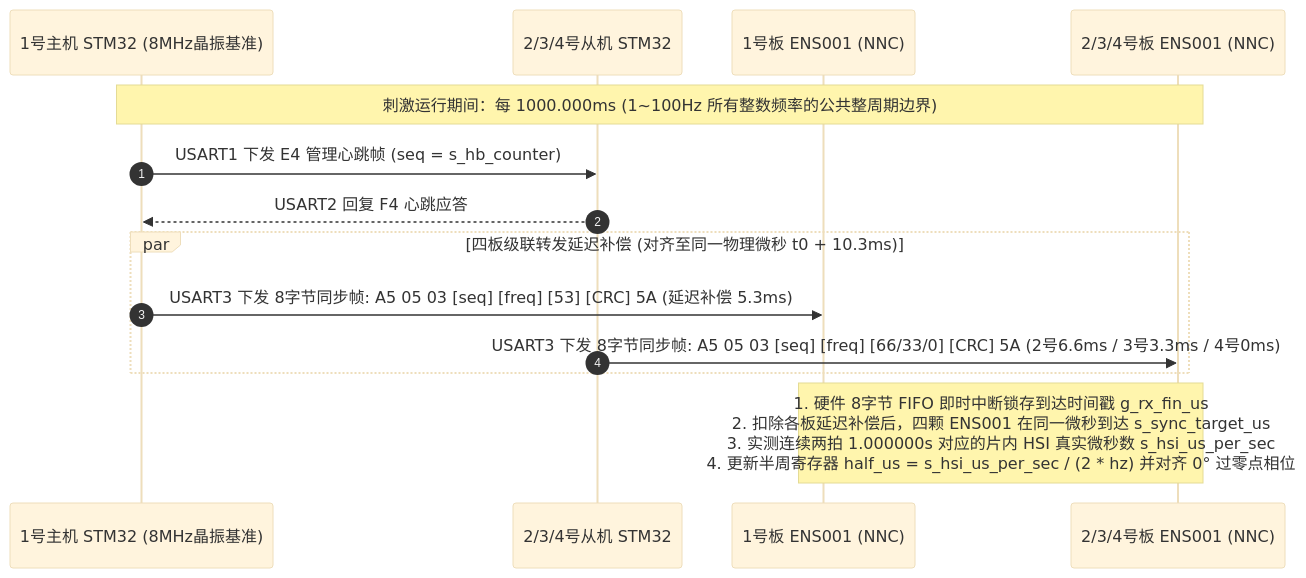
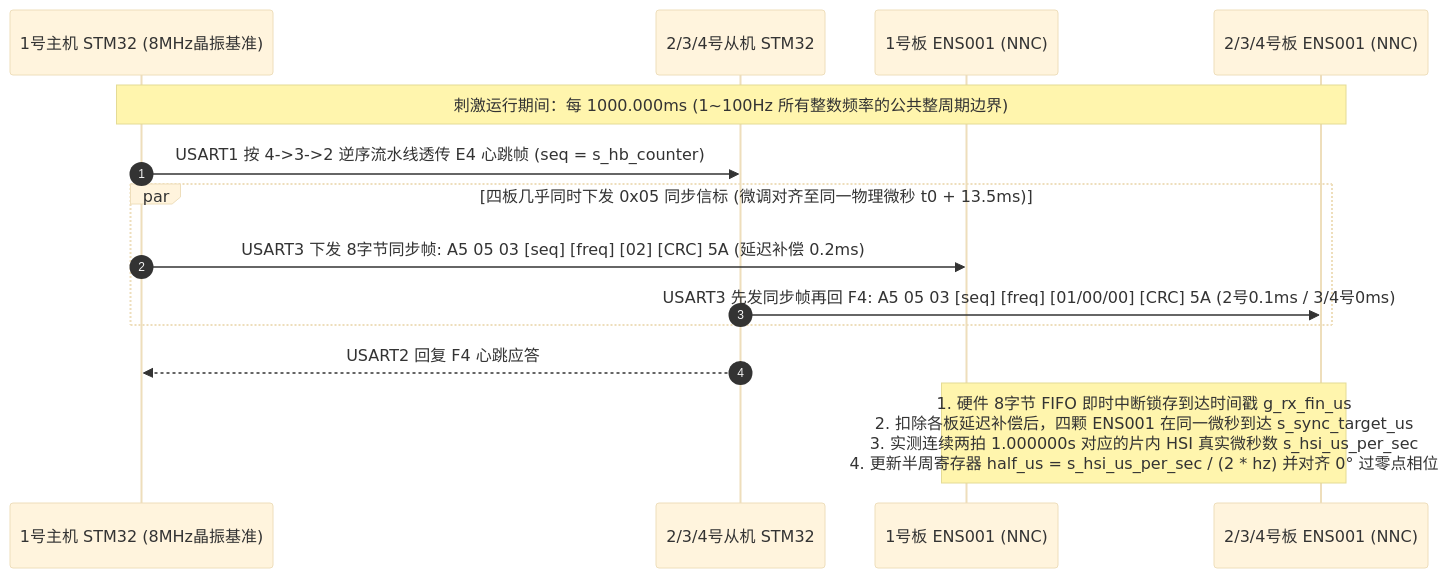
One commit to grhjgt/NNC-LinuxPC changed the second of 2 diagrams in 四板跨通道电流跳变根因分析与串口锁相修复说明.md. Above: the diagram before and after it, drawn with Mermaid (base theme). The commit also changed other lines of this file and 33 other files, not shown here.

````diff
--- a/四板跨通道电流跳变根因分析与串口锁相修复说明.md
+++ b/四板跨通道电流跳变根因分析与串口锁相修复说明.md
@@ -97,17 +97,17 @@
 ```mermaid
 sequenceDiagram
     autonumber
     participant M as 1号主机 STM32 (8MHz晶振基准)
     participant S as 2/3/4号从机 STM32
     participant N1 as 1号板 ENS001 (NNC)
     participant N2 as 2/3/4号板 ENS001 (NNC)
 
     Note over M,N2: 刺激运行期间：每 1000.000ms (1~100Hz 所有整数频率的公共整周期边界)
-    M->>S: USART1 下发 E4 管理心跳帧 (seq = s_hb_counter)
+    M->>S: USART1 按 4->3->2 逆序流水线透传 E4 心跳帧 (seq = s_hb_counter)
+    par 四板几乎同时下发 0x05 同步信标 (微调对齐至同一物理微秒 t0 + 13.5ms)
+        M->>N1: USART3 下发 8字节同步帧: A5 05 03 [seq] [freq] [02] [CRC] 5A (延迟补偿 0.2ms)
+        S->>N2: USART3 先发同步帧再回 F4: A5 05 03 [seq] [freq] [01/00/00] [CRC] 5A (2号0.1ms / 3/4号0ms)
+    end
     S-->>M: USART2 回复 F4 心跳应答
-    par 四板级联转发延迟补偿 (对齐至同一物理微秒 t0 + 10.3ms)
-        M->>N1: USART3 下发 8字节同步帧: A5 05 03 [seq] [freq] [53] [CRC] 5A (延迟补偿 5.3ms)
-        S->>N2: USART3 下发 8字节同步帧: A5 05 03 [seq] [freq] [66/33/0] [CRC] 5A (2号6.6ms / 3号3.3ms / 4号0ms)
-    end
     Note over N1,N2: 1. 硬件 8字节 FIFO 即时中断锁存到达时间戳 g_rx_fin_us<br/>2. 扣除各板延迟补偿后，四颗 ENS001 在同一微秒到达 s_sync_target_us<br/>3. 实测连续两拍 1.000000s 对应的片内 HSI 真实微秒数 s_hsi_us_per_sec<br/>4. 更新半周寄存器 half_us = s_hsi_us_per_sec / (2 * hz) 并对齐 0° 过零点相位
 ```
````
